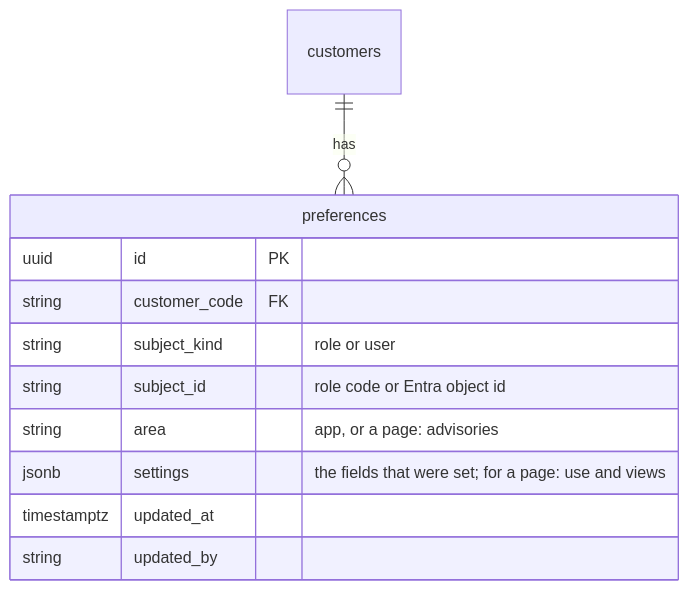
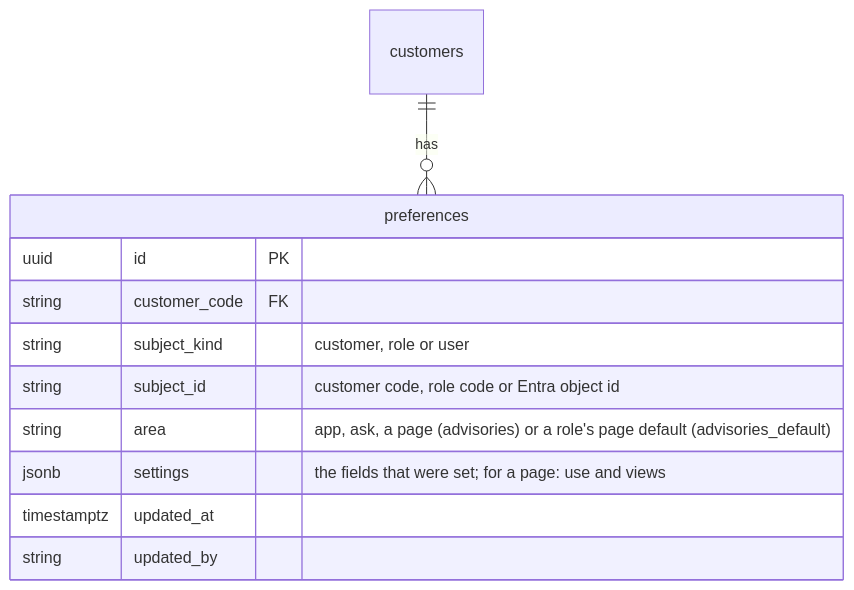
One commit to eamtalu/RAG-PipeLine changed diagram 16 of 16 in docs/database-er-diagram.md. Above: the diagram before and after it, drawn with Mermaid. The commit also changed other lines of this file and 13 other files, not shown here.

First line of the commit message:
Defaults an Admin sets: role page default, line search range, reset a person's views (chunk 246) (#83)

````diff
--- a/docs/database-er-diagram.md
+++ b/docs/database-er-diagram.md
@@ -1916,14 +1916,14 @@
 ```mermaid
 erDiagram
     customers ||--o{ preferences : "has"
     preferences {
         uuid id PK
         string customer_code FK
-        string subject_kind "role or user"
-        string subject_id "role code or Entra object id"
-        string area "app, or a page: advisories"
+        string subject_kind "customer, role or user"
+        string subject_id "customer code, role code or Entra object id"
+        string area "app, ask, a page (advisories) or a role's page default (advisories_default)"
         jsonb settings "the fields that were set; for a page: use and views"
         timestamptz updated_at
         string updated_by
     }
 ```
````
